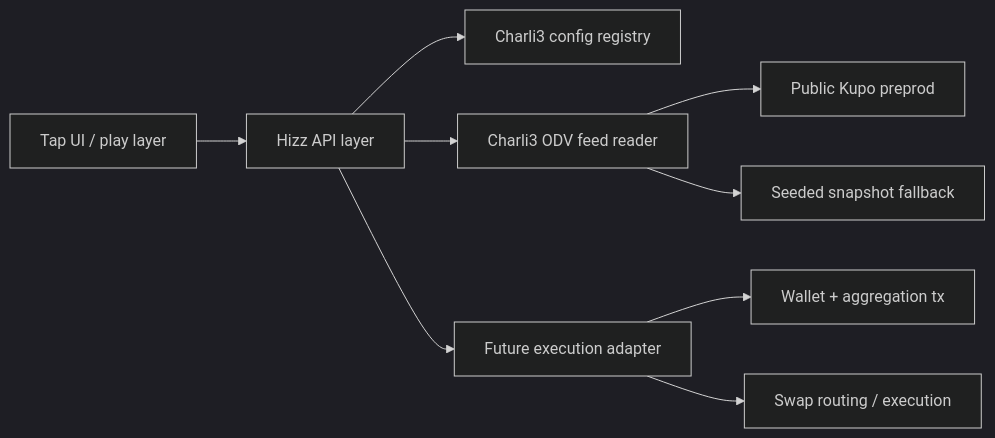
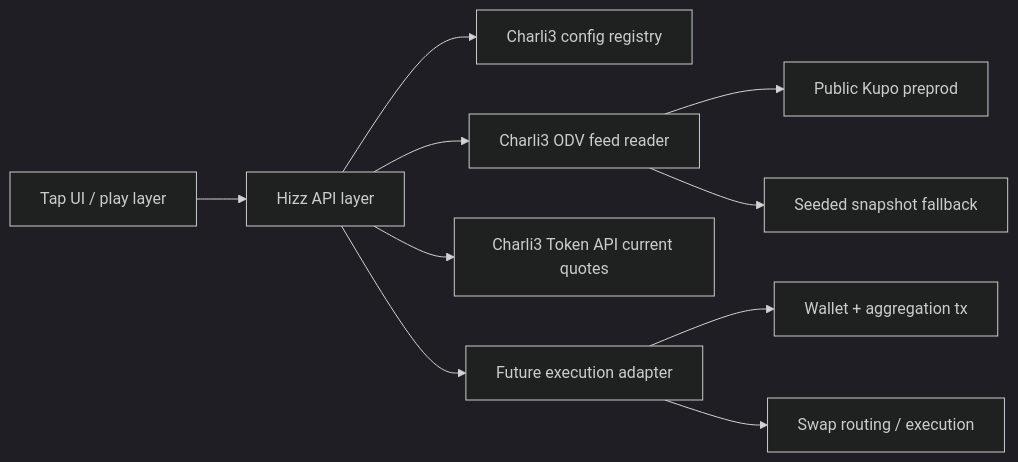
The diagram in README.md (Astrvo/hizz-swap), drawn with Mermaid (dark theme) before and after one commit. The commit also changed other lines of this file and 8 other files, not shown here.

````diff
--- a/README.md
+++ b/README.md
@@ -37,11 +42,12 @@
 ```mermaid
 flowchart LR
     A["Tap UI / play layer"] --> B["Hizz API layer"]
     B --> C["Charli3 config registry"]
     B --> D["Charli3 ODV feed reader"]
+    B --> J["Charli3 Token API current quotes"]
     D --> E["Public Kupo preprod"]
     D --> F["Seeded snapshot fallback"]
     B --> G["Future execution adapter"]
     G --> H["Wallet + aggregation tx"]
     G --> I["Swap routing / execution"]
 ```
````
